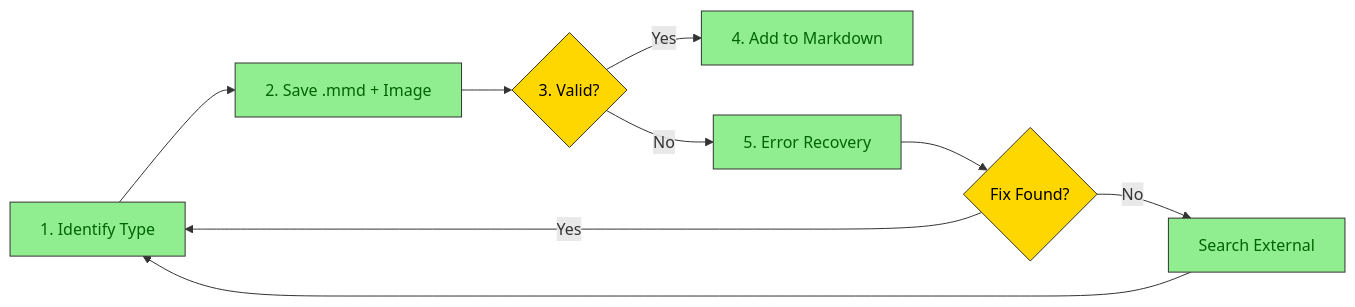
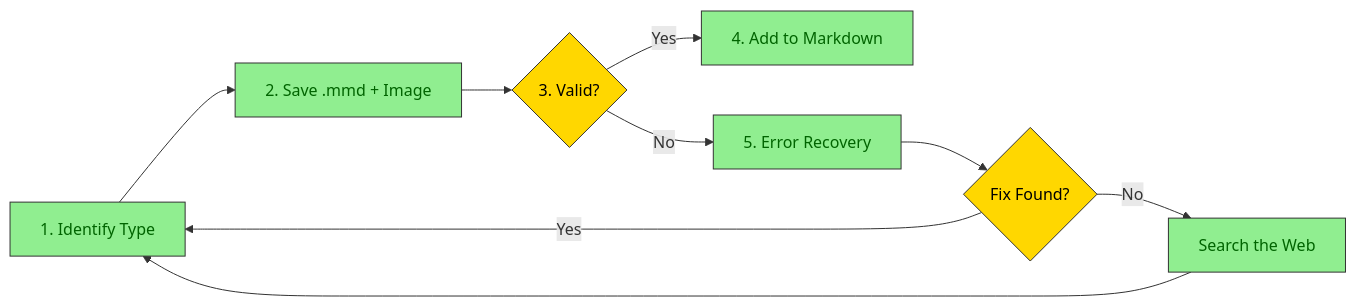
Before and after one commit to NSpencer4/common-scripts: the second of 6 diagrams in skills/design-doc-mermaid/SKILL.md, drawn with Mermaid. The commit also changed other lines of this file and 11 other files, not shown here.

````diff
--- a/skills/design-doc-mermaid/SKILL.md
+++ b/skills/design-doc-mermaid/SKILL.md
@@ -176,16 +129,16 @@
 ```mermaid
 flowchart LR
     A[1. Identify Type] --> B[2. Save .mmd + Image]
     B --> C{3. Valid?}
     C -->|Yes| D[4. Add to Markdown]
     C -->|No| E[5. Error Recovery]
     E --> F{Fix Found?}
     F -->|Yes| A
-    F -->|No| G[Search External]
+    F -->|No| G[Search the Web]
     G --> A
 
     classDef step fill:#90EE90,stroke:#333,color:darkgreen
     classDef decision fill:#FFD700,stroke:#333,color:black
     class A,B,D,E,G step
     class C,F decision
 ```
````
